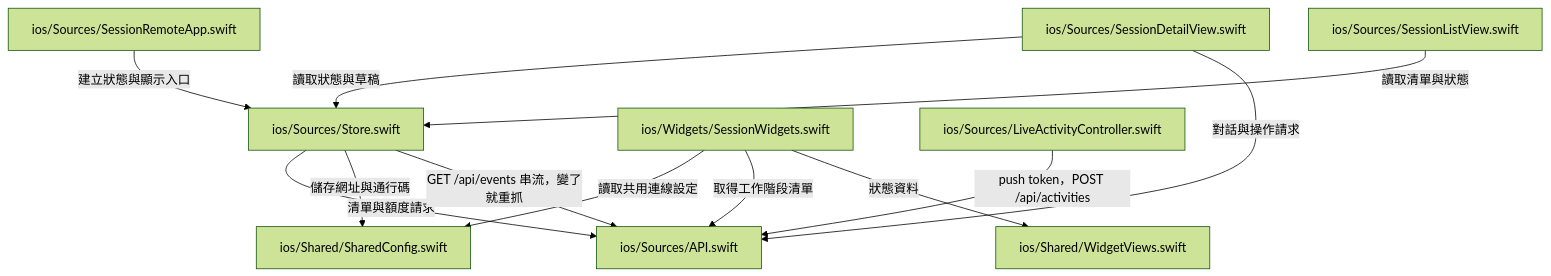
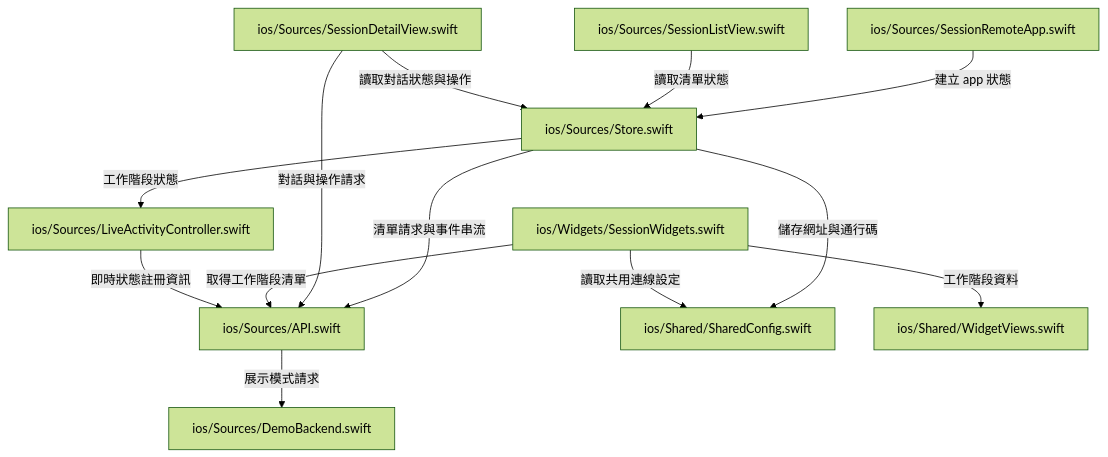
One commit to bruuucechang/session-remote changed the second of 3 diagrams in README.md. Above: the diagram before and after it, drawn with Mermaid (forest theme). The commit also changed other lines of this file, not shown here.

````diff
--- a/README.md
+++ b/README.md
@@ -54,14 +53,15 @@
 ```mermaid
 flowchart TD
-    Entry["ios/Sources/SessionRemoteApp.swift"] -->|建立狀態與顯示入口| Store["ios/Sources/Store.swift"]
-    List["ios/Sources/SessionListView.swift"] -->|讀取清單與狀態| Store
-    Detail["ios/Sources/SessionDetailView.swift"] -->|讀取狀態與草稿| Store
-    Store -->|清單與額度請求| API["ios/Sources/API.swift"]
+    Entry["ios/Sources/SessionRemoteApp.swift"] -->|建立 app 狀態| Store["ios/Sources/Store.swift"]
+    List["ios/Sources/SessionListView.swift"] -->|讀取清單狀態| Store
+    Detail["ios/Sources/SessionDetailView.swift"] -->|讀取對話狀態與操作| Store
+    Store -->|清單請求與事件串流| API["ios/Sources/API.swift"]
     Detail -->|對話與操作請求| API
     Store -->|儲存網址與通行碼| Shared["ios/Shared/SharedConfig.swift"]
     Widget["ios/Widgets/SessionWidgets.swift"] -->|讀取共用連線設定| Shared
     Widget -->|取得工作階段清單| API
-    Widget -->|狀態資料| Views["ios/Shared/WidgetViews.swift"]
-    Live["ios/Sources/LiveActivityController.swift"] -->|"push token，POST /api/activities"| API
-    Store -->|"GET /api/events 串流，變了就重抓"| API
+    Widget -->|工作階段資料| Views["ios/Shared/WidgetViews.swift"]
+    Store -->|工作階段狀態| Live["ios/Sources/LiveActivityController.swift"]
+    Live -->|即時狀態註冊資訊| API
+    API -->|展示模式請求| Demo["ios/Sources/DemoBackend.swift"]
 ```
````
